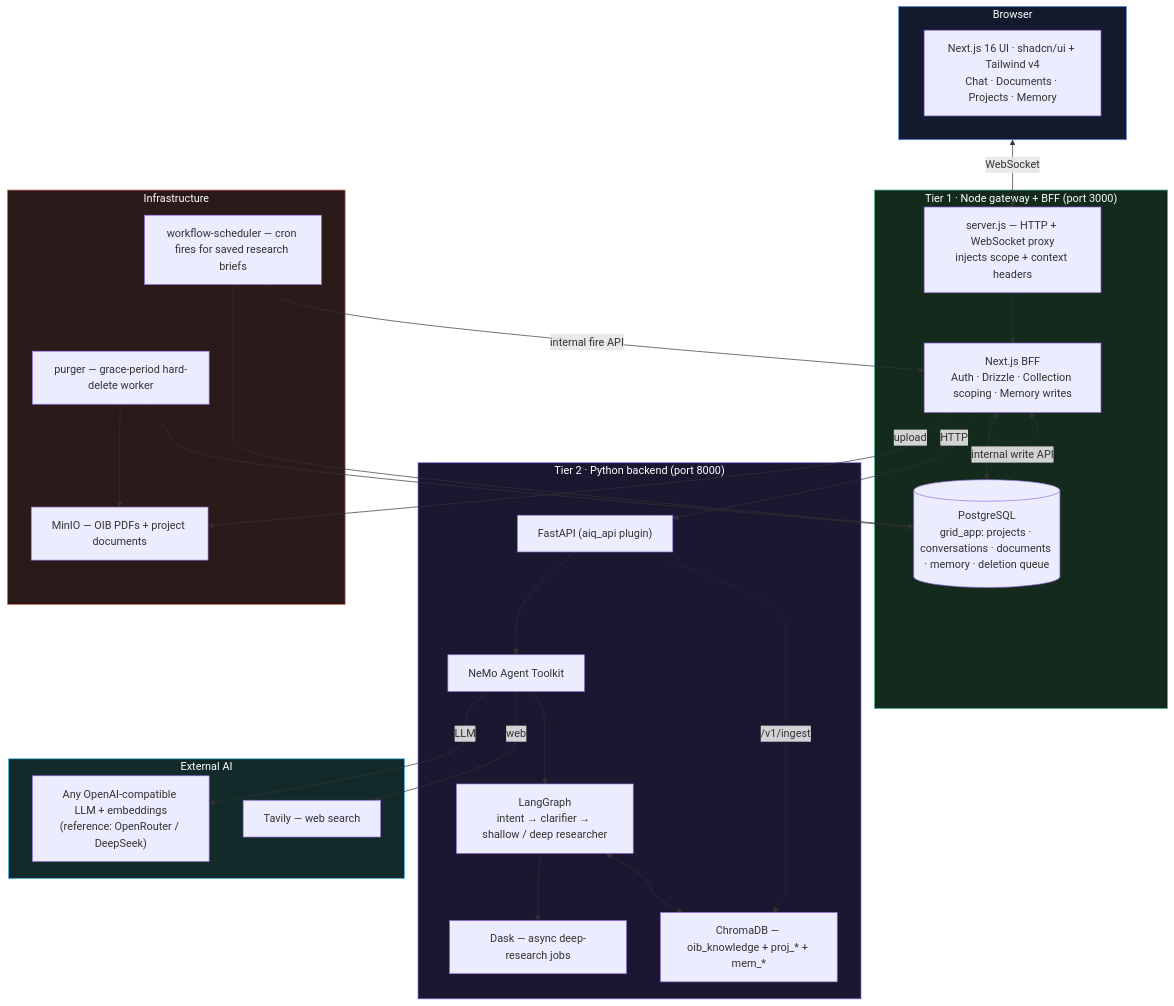
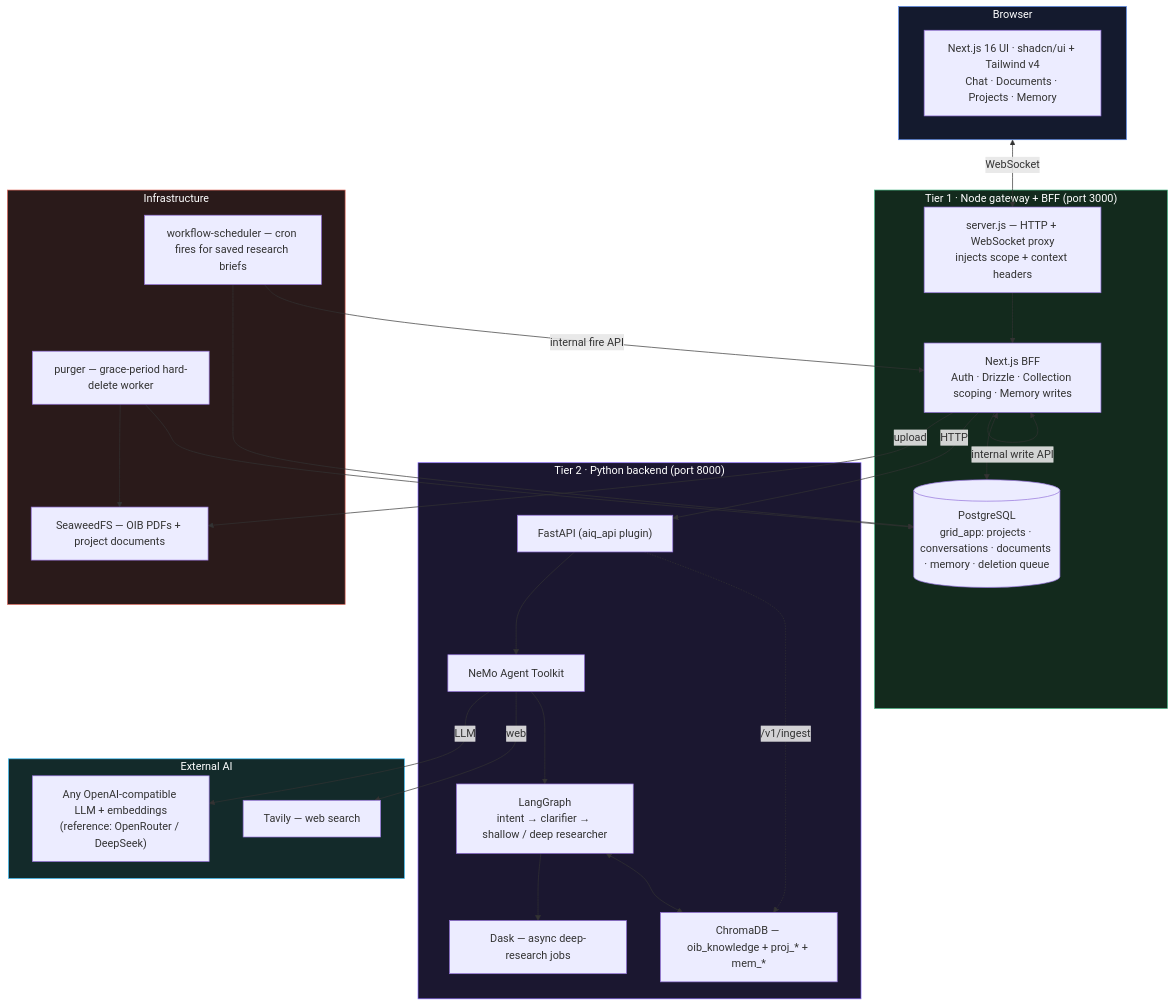
Before and after one commit to GRID-check/grid-oib-agent: the diagram in README.md, drawn with Mermaid. The commit also changed other lines of this file and 60 other files, not shown here.

First line of the commit message:
Migrate object storage from MinIO to SeaweedFS

````diff
--- a/README.md
+++ b/README.md
@@ -46,53 +46,53 @@
 ```mermaid
 flowchart TB
     subgraph Browser["Browser"]
         UI["Next.js 16 UI · shadcn/ui + Tailwind v4<br/>Chat · Documents · Projects · Memory"]
     end
 
     subgraph Gateway["Tier 1 · Node gateway + BFF (port 3000)"]
         GW["server.js — HTTP + WebSocket proxy<br/>injects scope + context headers"]
         BFF["Next.js BFF<br/>Auth · Drizzle · Collection scoping · Memory writes"]
         DB[(PostgreSQL<br/>grid_app: projects · conversations · documents · memory · deletion queue)]
     end
 
     subgraph Backend["Tier 2 · Python backend (port 8000)"]
         FAST["FastAPI (aiq_api plugin)"]
         NAT["NeMo Agent Toolkit"]
         LG["LangGraph<br/>intent → clarifier → shallow / deep researcher"]
         DASK["Dask — async deep-research jobs"]
         CHROMA["ChromaDB — oib_knowledge + proj_* + mem_*"]
     end
 
     subgraph Storage["Infrastructure"]
-        MINIO["MinIO — OIB PDFs + project documents"]
+        SEAWEED["SeaweedFS — OIB PDFs + project documents"]
         PURGER["purger — grace-period hard-delete worker"]
         WFS["workflow-scheduler — cron fires for saved research briefs"]
     end
 
     subgraph External["External AI"]
         OR["Any OpenAI-compatible LLM + embeddings<br/>(reference: OpenRouter / DeepSeek)"]
         TAVILY["Tavily — web search"]
     end
 
     Browser <-->|WebSocket| GW
     GW --> BFF
     BFF <--> DB
     BFF -->|HTTP| FAST
     BFF -->|internal write API| BFF
     FAST --> NAT --> LG --> DASK
     LG <--> CHROMA
-    BFF -->|upload| MINIO
+    BFF -->|upload| SEAWEED
     FAST -.->|/v1/ingest| CHROMA
     PURGER --> DB
-    PURGER --> MINIO
+    PURGER --> SEAWEED
     WFS --> DB
     WFS -->|internal fire API| BFF
     NAT -->|LLM| OR
     NAT -->|web| TAVILY
 
     style Browser fill:#141a2e,stroke:#5b8def,color:#fff
     style Gateway fill:#132a1d,stroke:#3fb27f,color:#fff
     style Backend fill:#1b1730,stroke:#8a6cff,color:#fff
     style Storage fill:#2a1a1a,stroke:#e0685b,color:#fff
     style External fill:#132a2a,stroke:#38bdf8,color:#fff
 ```
````
